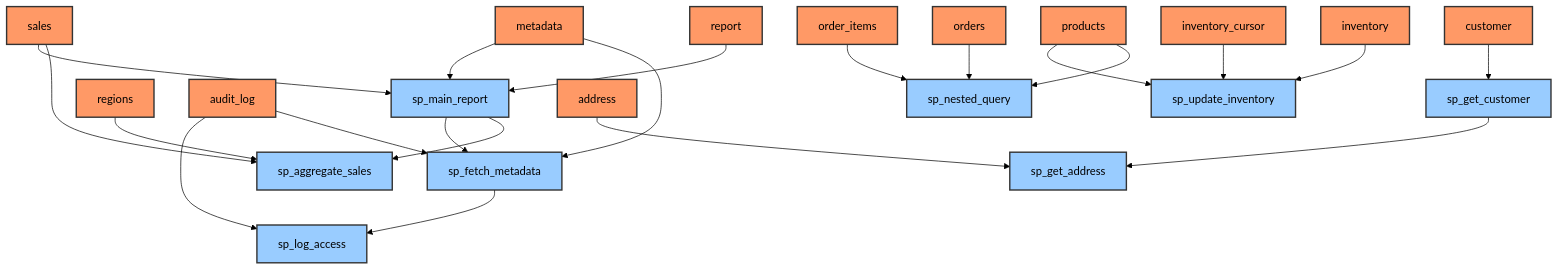
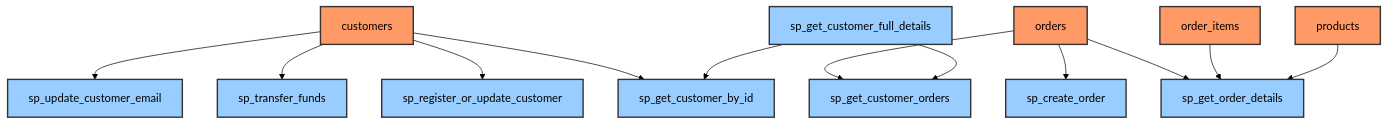
One commit to 25Jayesh10/Data_Lineage_Analyzer changed the diagram in diagrams/lineage.mmd. Above: the diagram before and after it, drawn with Mermaid (forest theme). The commit also changed 29 other files, not shown here.

```diff
--- a/diagrams/lineage.mmd
+++ b/diagrams/lineage.mmd
@@ -1,26 +1,17 @@
 graph TD
     %% Node styles
-    classDef table fill:#f96,stroke:#333,stroke-width:2px;
-    classDef stored_proc fill:#9cf,stroke:#333,stroke-width:2px;
-    report --> sp_main_report
-    sales --> sp_aggregate_sales
-    sales --> sp_main_report
-    metadata --> sp_fetch_metadata
-    metadata --> sp_main_report
-    sp_main_report --> sp_aggregate_sales
-    sp_main_report --> sp_fetch_metadata
-    regions --> sp_aggregate_sales
-    audit_log --> sp_fetch_metadata
-    audit_log --> sp_log_access
-    sp_fetch_metadata --> sp_log_access
-    customer --> sp_get_customer
-    sp_get_customer --> sp_get_address
-    address --> sp_get_address
-    orders --> sp_nested_query
-    order_items --> sp_nested_query
-    products --> sp_nested_query
-    products --> sp_update_inventory
-    inventory --> sp_update_inventory
-    inventory_cursor --> sp_update_inventory
-    class inventory_cursor,customer,audit_log,address,sales,order_items,products,regions,metadata,report,inventory,orders table;
-    class sp_get_customer,sp_main_report,sp_aggregate_sales,sp_nested_query,sp_update_inventory,sp_fetch_metadata,sp_get_address,sp_log_access stored_proc;
+    classDef table fill:#f96,stroke:#333,stroke-width:2px,color:#000;
+    classDef stored_proc fill:#9cf,stroke:#333,stroke-width:2px,color:#000;
+    customers --> sp_get_customer_by_id
+    customers --> sp_register_or_update_customer
+    customers --> sp_transfer_funds
+    customers --> sp_update_customer_email
+    orders --> sp_create_order
+    orders --> sp_get_customer_orders
+    orders --> sp_get_order_details
+    sp_get_customer_full_details --> sp_get_customer_by_id
+    sp_get_customer_full_details --> sp_get_customer_orders
+    order_items --> sp_get_order_details
+    products --> sp_get_order_details
+    class customers,order_items,orders,products table;
+    class sp_get_customer_full_details,sp_transfer_funds,sp_get_customer_orders,sp_register_or_update_customer,sp_get_order_details,sp_create_order,sp_get_customer_by_id,sp_update_customer_email stored_proc;
```
